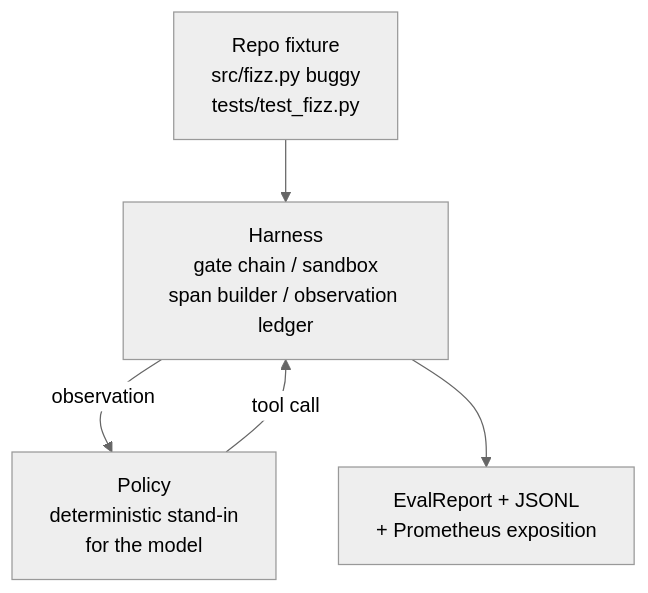
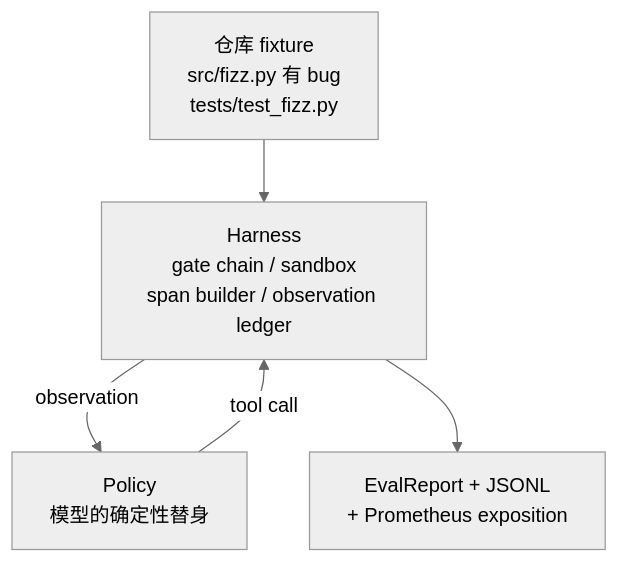
Before and after one commit to alessandrodinisio-ai/ai-engineering-learning-framework: the first of 2 diagrams in phases/19-capstone-projects/29-end-to-end-coding-task-demo/docs/zh.md, drawn with Mermaid (neutral theme). The commit also changed other lines of this file and 120 other files, not shown here.

First line of the commit message:
i18n(mermaid): 337 个 mermaid 图表标签中文化

````diff
--- a/phases/19-capstone-projects/29-end-to-end-coding-task-demo/docs/zh.md
+++ b/phases/19-capstone-projects/29-end-to-end-coding-task-demo/docs/zh.md
@@ -28,7 +28,7 @@
 ```mermaid
 flowchart TD
-  Repo[Repo fixture<br/>src/fizz.py buggy<br/>tests/test_fizz.py] --> Harness
-  Policy[Policy<br/>deterministic stand-in<br/>for the model] -->|tool call| Harness
+  Repo[仓库 fixture<br/>src/fizz.py 有 bug<br/>tests/test_fizz.py] --> Harness
+  Policy[Policy<br/>模型的确定性替身] -->|tool call| Harness
   Harness[Harness<br/>gate chain / sandbox<br/>span builder / observation ledger] -->|observation| Policy
   Harness --> Out[EvalReport + JSONL<br/>+ Prometheus exposition]
 ```
````
